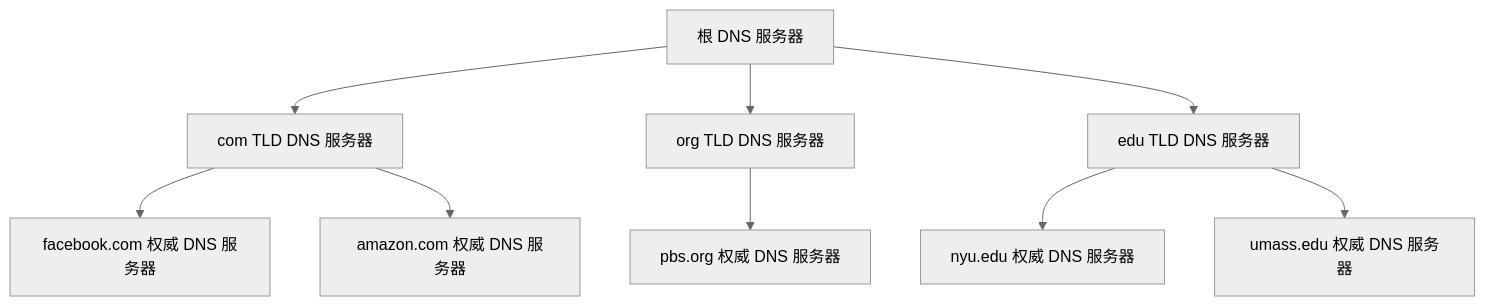
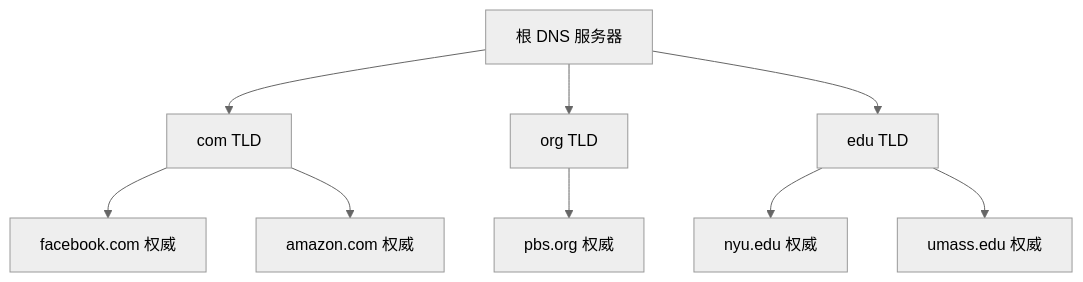
One commit to Meer-Matze/Meer-Matze.github.io changed diagram 11 of 20 in src/content/posts/应用层.md. Above: the diagram before and after it, drawn with Mermaid (neutral theme). The commit also changed other lines of this file and 3 other files, not shown here.

````diff
--- a/src/content/posts/应用层.md
+++ b/src/content/posts/应用层.md
@@ -2186,16 +867,11 @@
 ```mermaid
 graph TD
-  Root["根 DNS 服务器"]
-
-  Root --> Com["com TLD DNS 服务器"]
-  Root --> Org["org TLD DNS 服务器"]
-  Root --> Edu["edu TLD DNS 服务器"]
-
-  Com --> Facebook["facebook.com 权威 DNS 服务器"]
-  Com --> Amazon["amazon.com 权威 DNS 服务器"]
-
-  Org --> PBS["pbs.org 权威 DNS 服务器"]
-
-  Edu --> NYU["nyu.edu 权威 DNS 服务器"]
-  Edu --> UMass["umass.edu 权威 DNS 服务器"]
+  Root["根 DNS 服务器"] --> Com["com TLD"]
+  Root --> Org["org TLD"]
+  Root --> Edu["edu TLD"]
+  Com --> FB["facebook.com 权威"]
+  Com --> AM["amazon.com 权威"]
+  Org --> PBS["pbs.org 权威"]
+  Edu --> NYU["nyu.edu 权威"]
+  Edu --> UM["umass.edu 权威"]
 ```
````
